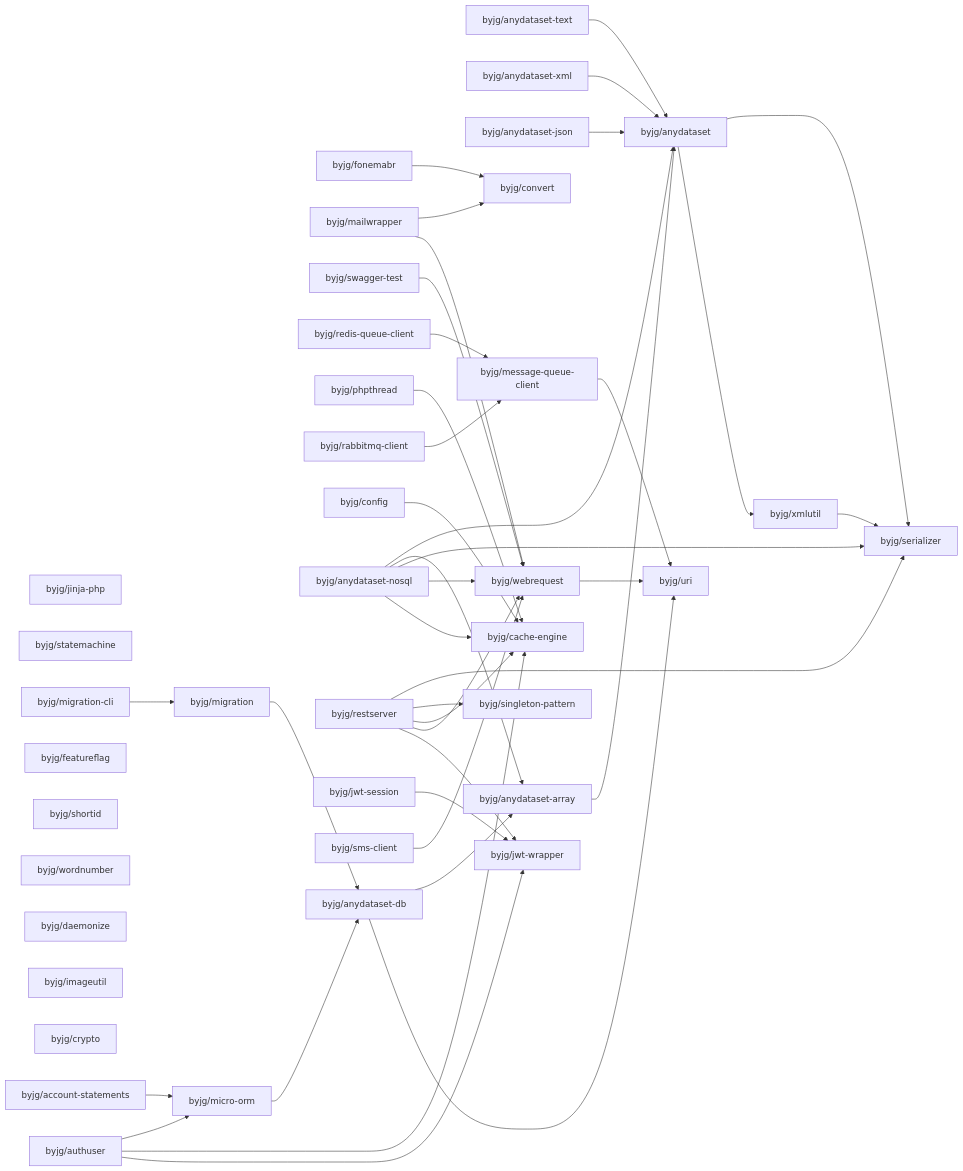
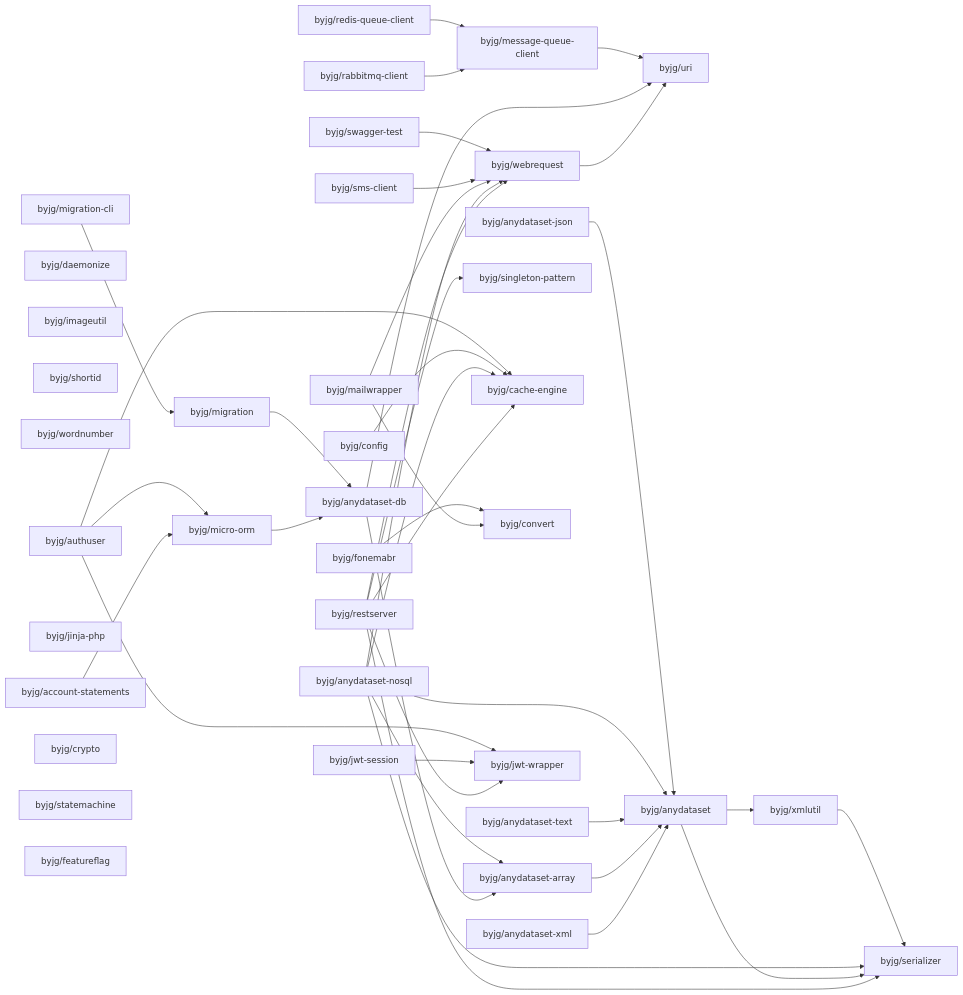
Before and after one commit to byjg/byjg.github.io: the diagram in docs/php/README.md, drawn with Mermaid. The commit also changed 6 other files, not shown here.

Commit message:
Update documentation 'php' 'php-phpthread'

````diff
--- a/docs/php/README.md
+++ b/docs/php/README.md
@@ -3,80 +3,78 @@
 ```mermaid
 graph LR;
+  byjg/account-statements;
+  byjg/anydataset-text;
+  byjg/anydataset-json;
   byjg/fonemabr;
+  byjg/daemonize;
+  byjg/rabbitmq-client;
+  byjg/redis-queue-client;
+  byjg/restserver;
+  byjg/anydataset-nosql;
+  byjg/swagger-test;
+  byjg/imageutil;
+  byjg/shortid;
+  byjg/wordnumber;
+  byjg/migration-cli;
+  byjg/sms-client;
+  byjg/jinja-php;
+  byjg/config;
+  byjg/authuser;
+  byjg/crypto;
+  byjg/anydataset-xml;
   byjg/mailwrapper;
-  byjg/jinja-php;
   byjg/statemachine;
-  byjg/migration-cli;
-  byjg/swagger-test;
-  byjg/redis-queue-client;
-  byjg/phpthread;
+  byjg/jwt-session;
   byjg/featureflag;
-  byjg/rabbitmq-client;
-  byjg/anydataset-text;
-  byjg/shortid;
-  byjg/config;
-  byjg/anydataset-nosql;
-  byjg/anydataset-xml;
-  byjg/wordnumber;
-  byjg/daemonize;
-  byjg/imageutil;
-  byjg/restserver;
-  byjg/crypto;
-  byjg/jwt-session;
-  byjg/anydataset-json;
-  byjg/account-statements;
-  byjg/sms-client;
-  byjg/authuser;
-  byjg/convert;
-  byjg/migration;
   byjg/message-queue-client;
   byjg/singleton-pattern;
-  byjg/webrequest;
+  byjg/migration;
   byjg/micro-orm;
   byjg/cache-engine;
+  byjg/convert;
+  byjg/webrequest;
   byjg/jwt-wrapper;
   byjg/anydataset-db;
   byjg/anydataset-array;
   byjg/uri;
   byjg/anydataset;
   byjg/xmlutil;
   byjg/serializer;
   byjg/migration --> byjg/anydataset-db;
   byjg/fonemabr --> byjg/convert;
   byjg/swagger-test --> byjg/webrequest;
   byjg/authuser --> byjg/micro-orm;
   byjg/authuser --> byjg/cache-engine;
   byjg/authuser --> byjg/jwt-wrapper;
   byjg/config --> byjg/cache-engine;
   byjg/message-queue-client --> byjg/uri;
   byjg/sms-client --> byjg/webrequest;
   byjg/xmlutil --> byjg/serializer;
   byjg/anydataset-json --> byjg/anydataset;
   byjg/mailwrapper --> byjg/convert;
   byjg/mailwrapper --> byjg/webrequest;
   byjg/anydataset-nosql --> byjg/anydataset;
   byjg/anydataset-nosql --> byjg/anydataset-array;
   byjg/anydataset-nosql --> byjg/serializer;
   byjg/anydataset-nosql --> byjg/webrequest;
   byjg/anydataset-nosql --> byjg/cache-engine;
   byjg/migration-cli --> byjg/migration;
   byjg/redis-queue-client --> byjg/message-queue-client;
   byjg/jwt-session --> byjg/jwt-wrapper;
   byjg/anydataset --> byjg/serializer;
   byjg/anydataset --> byjg/xmlutil;
   byjg/anydataset-db --> byjg/anydataset-array;
   byjg/anydataset-db --> byjg/uri;
   byjg/anydataset-text --> byjg/anydataset;
   byjg/restserver --> byjg/serializer;
   byjg/restserver --> byjg/singleton-pattern;
   byjg/restserver --> byjg/cache-engine;
   byjg/restserver --> byjg/webrequest;
   byjg/restserver --> byjg/jwt-wrapper;
   byjg/account-statements --> byjg/micro-orm;
   byjg/webrequest --> byjg/uri;
   byjg/micro-orm --> byjg/anydataset-db;
   byjg/anydataset-array --> byjg/anydataset;
   byjg/anydataset-xml --> byjg/anydataset;
-  byjg/phpthread --> byjg/cache-engine;
   byjg/rabbitmq-client --> byjg/message-queue-client;
 ```
````
